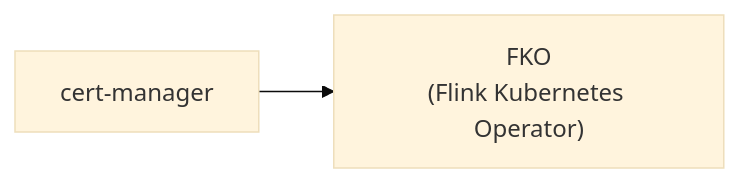
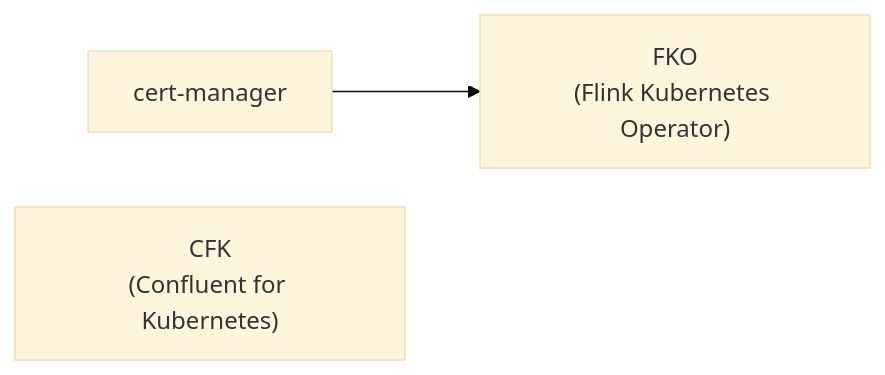
Before and after one commit to aadmassu/flink-on-k8s-with-cp: the second of 3 diagrams in README-PHASE-I.md, drawn with Mermaid (base theme).

Commit message:
Add CFK as floating box in Phase-I dependency diagram

````diff
--- a/README-PHASE-I.md
+++ b/README-PHASE-I.md
@@ -78,4 +78,5 @@
 ```mermaid
 flowchart LR
     A["cert-manager"] --> B["FKO<br>(Flink Kubernetes Operator)"]
+    C["CFK<br>(Confluent for Kubernetes)"]
 ```
````
